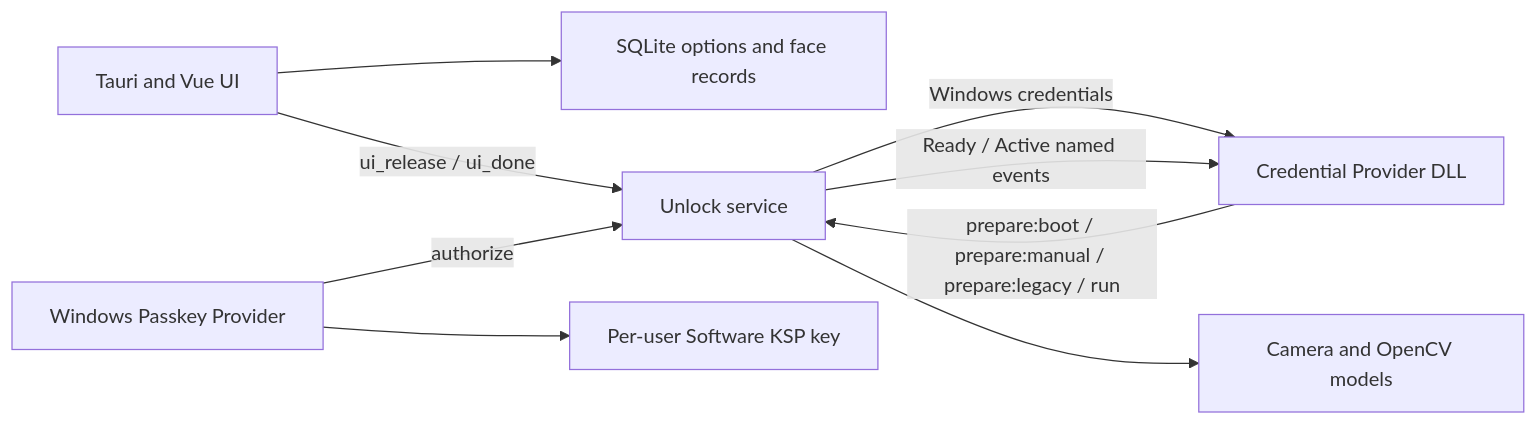
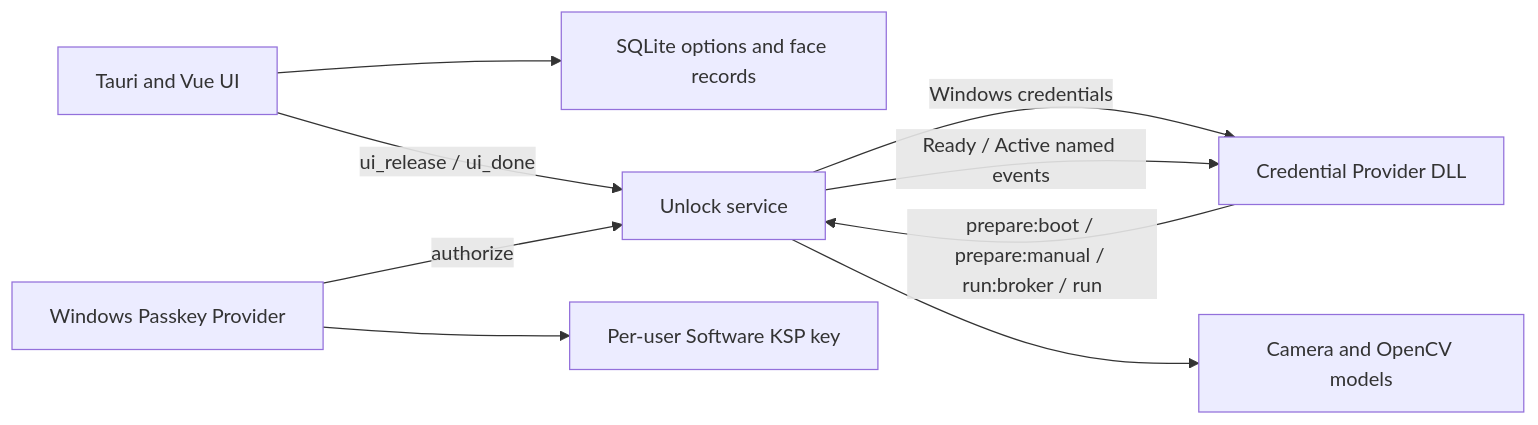
Before and after one commit to starnotes-xj/FaceWinUnlock-Tauri: the diagram in docs/architecture.md, drawn with Mermaid. The commit also changed other lines of this file and 39 other files, not shown here.

````diff
--- a/docs/architecture.md
+++ b/docs/architecture.md
@@ -7,11 +7,11 @@
 ```mermaid
 flowchart LR
   UI["Tauri and Vue UI"] --> DB["SQLite options and face records"]
   UI -->|"ui_release / ui_done"| U["Unlock service"]
-  CP["Credential Provider DLL"] -->|"prepare:boot / prepare:manual / prepare:legacy / run"| U
+  CP["Credential Provider DLL"] -->|"prepare:boot / prepare:manual / run:broker / run"| U
   U -->|"Windows credentials"| CP
   U -->|"Ready / Active named events"| CP
   PK["Windows Passkey Provider"] -->|"authorize"| U
   PK --> KSP["Per-user Software KSP key"]
   U --> CAM["Camera and OpenCV models"]
 ```
````
